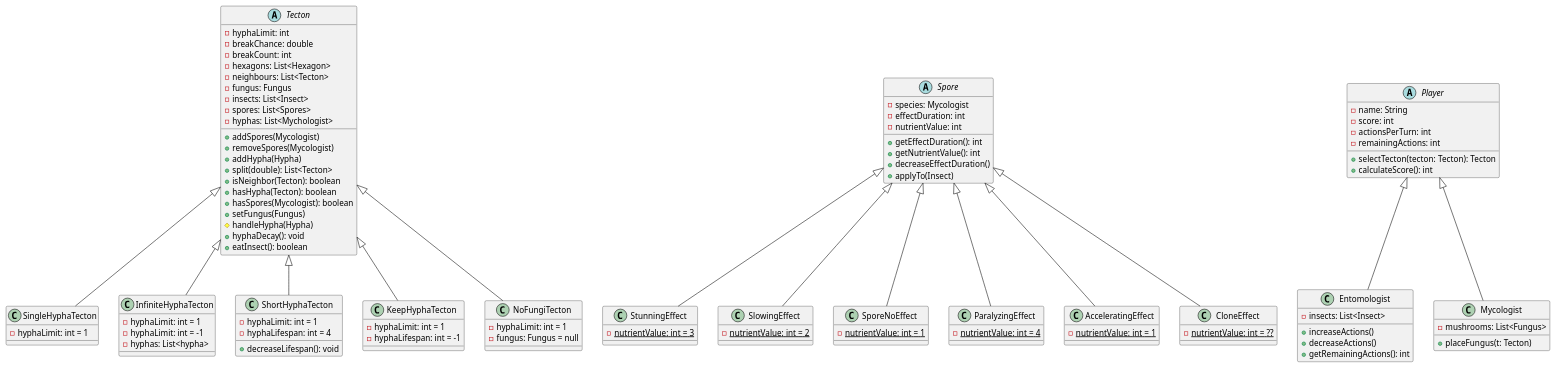
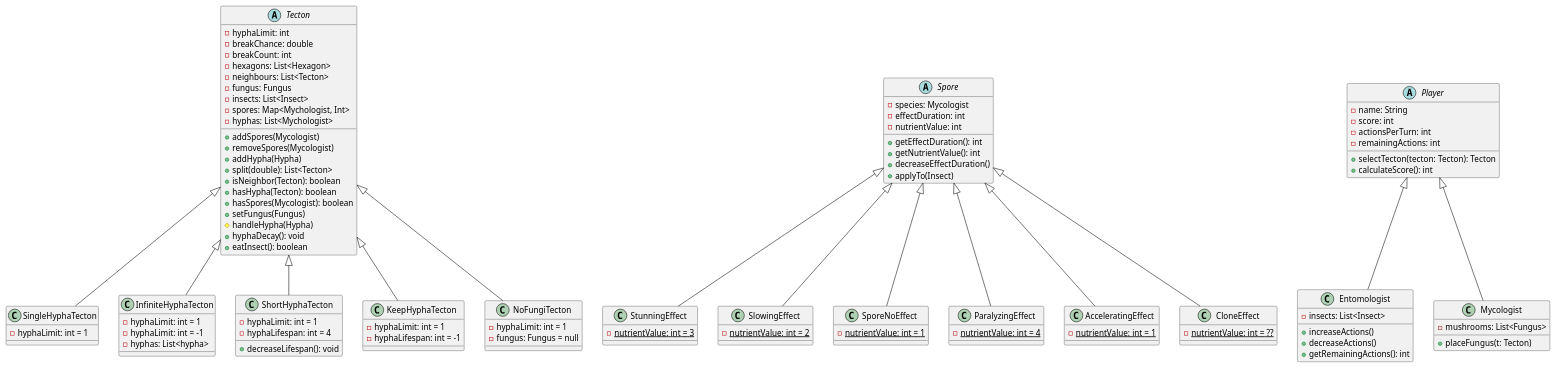
The diagram in docs/Class/derrived.puml (hujberhunor/SzomiSztegoProjlab), drawn with PlantUML before and after one commit. The commit also changed 1 other file, not shown here.

```diff
--- a/docs/Class/derrived.puml
+++ b/docs/Class/derrived.puml
@@ -1,99 +1,99 @@
 @startuml
 
 abstract class Tecton {
     - hyphaLimit: int 
     - breakChance: double
     - breakCount: int
     - hexagons: List<Hexagon>
     - neighbours: List<Tecton>
     - fungus: Fungus
     - insects: List<Insect>
-    - spores: List<Spores>
+    - spores: Map<Mychologist, Int>
     - hyphas: List<Mychologist>
     + addSpores(Mycologist)
     + removeSpores(Mycologist)
     + addHypha(Hypha)
     + split(double): List<Tecton>
     + isNeighbor(Tecton): boolean
     + hasHypha(Tecton): boolean
     + hasSpores(Mycologist): boolean
     + setFungus(Fungus)
     # handleHypha(Hypha)
     + hyphaDecay(): void
     + eatInsect(): boolean
 }
 class SingleHyphaTecton extends Tecton{
     - hyphaLimit: int = 1
 }
 class InfiniteHyphaTecton  extends Tecton{
     - hyphaLimit: int = 1
     - hyphaLimit: int = -1
     - hyphas: List<hypha>
 }
 class ShortHyphaTecton  extends Tecton{
     - hyphaLimit: int = 1
     - hyphaLifespan: int = 4
     + decreaseLifespan(): void 
 }
 class KeepHyphaTecton extends Tecton{ 
     - hyphaLimit: int = 1
     - hyphaLifespan: int = -1
 }
 class NoFungiTecton extends Tecton{
     - hyphaLimit: int = 1
     - fungus: Fungus = null
 }
 
 
 abstract class Spore {
     - species: Mycologist
     - effectDuration: int
     - nutrientValue: int
     + getEffectDuration(): int
     + getNutrientValue(): int
     + decreaseEffectDuration()
     + applyTo(Insect)
 }
 
 class StunningEffect extends Spore{
     {static} - nutrientValue: int = 3
 }
 class SlowingEffect extends Spore{
     {static} - nutrientValue: int = 2
 }
 class SporeNoEffect extends Spore{
     {static} - nutrientValue: int = 1
 }
 class ParalyzingEffect extends Spore{
     {static} - nutrientValue: int = 4
 }
 class AcceleratingEffect extends Spore{
     {static} - nutrientValue: int = 1
 }
 class CloneEffect extends Spore{
     {static} - nutrientValue: int = ??
 }
 
 abstract class Player {
     - name: String
     - score: int
     - actionsPerTurn: int
     - remainingActions: int
     + selectTecton(tecton: Tecton): Tecton
     + calculateScore(): int
 }
 
 class Entomologist extends Player{
     - insects: List<Insect>
     + increaseActions()
     + decreaseActions()
     + getRemainingActions(): int
 }
 
 class Mycologist extends Player{
     - mushrooms: List<Fungus>
     + placeFungus(t: Tecton)
 }
 
 
 @enduml
```
